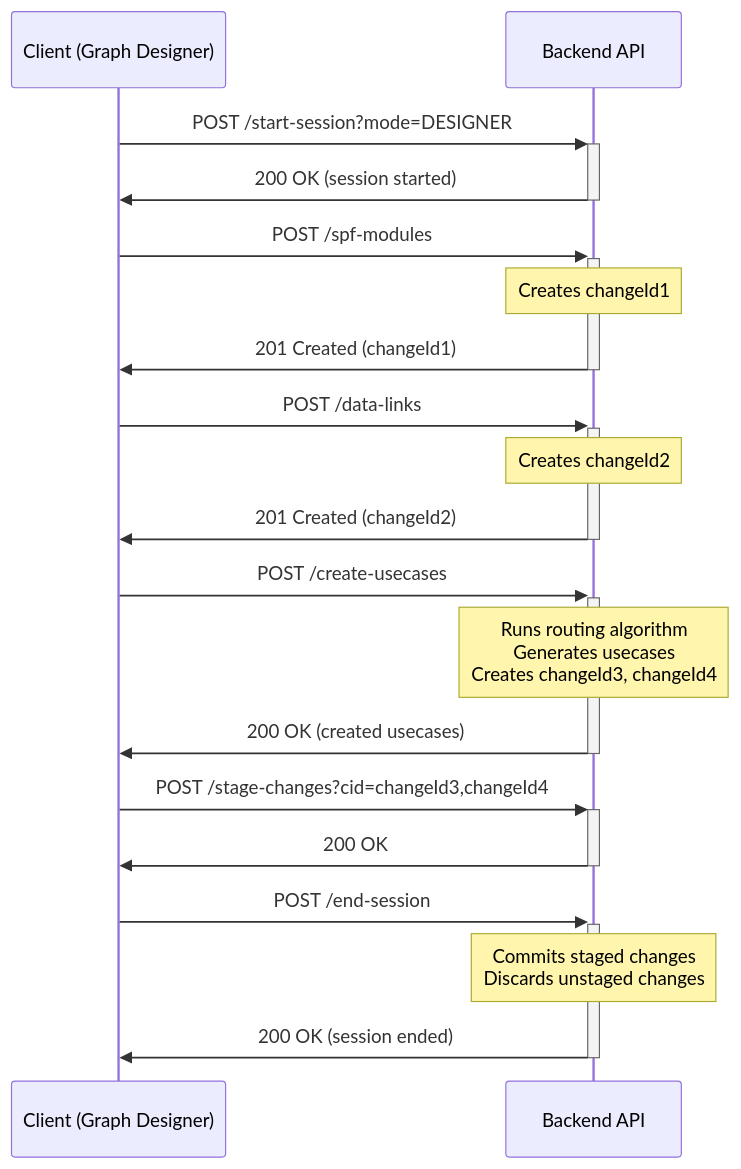
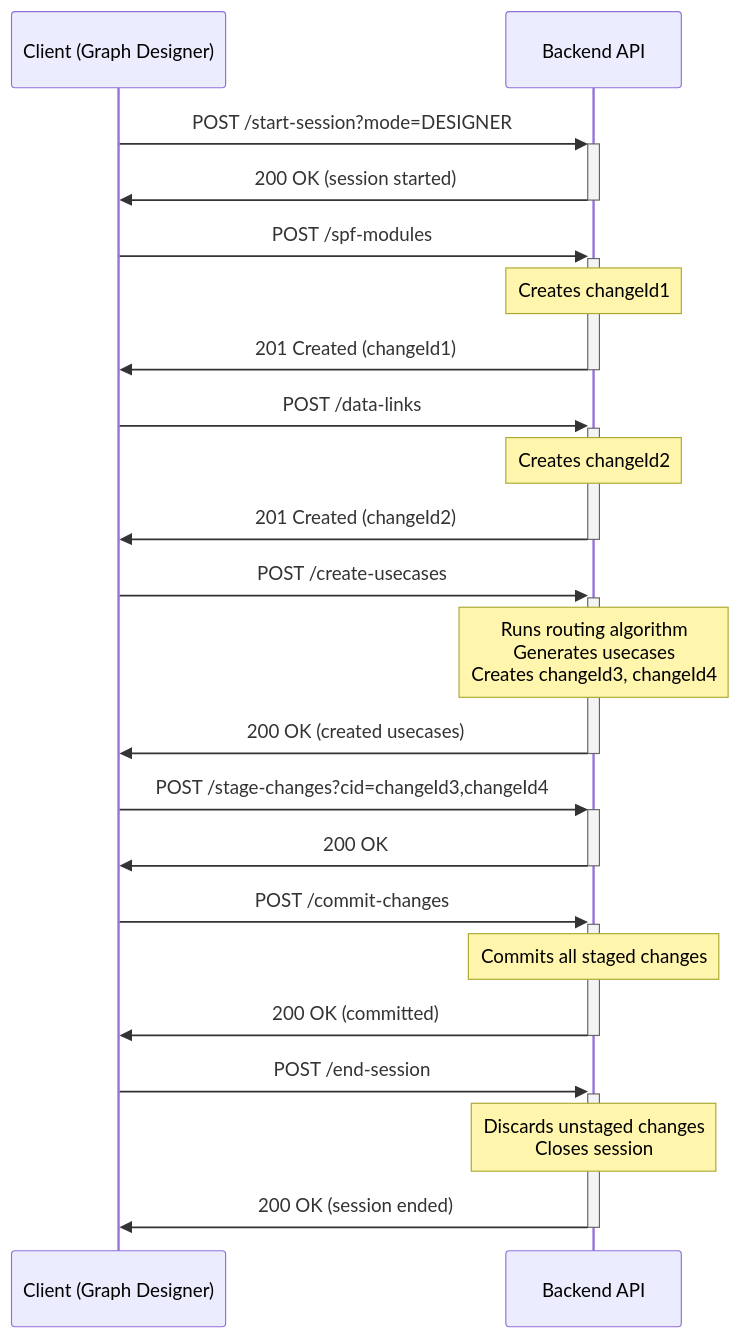
Before and after one commit to AudioReach/audioreach-creator-backend: the second of 4 diagrams in docs/apis/modification-framework-api-reference.md, drawn with Mermaid. The commit also changed other lines of this file and 19 other files, not shown here.

First line of the commit message:
docs(api): update session semantics and create-usecases response

````diff
--- a/docs/apis/modification-framework-api-reference.md
+++ b/docs/apis/modification-framework-api-reference.md
@@ -210,27 +212,31 @@
 ```mermaid
 sequenceDiagram
     participant UI as Client (Graph Designer)
     participant API as Backend API
     
     UI->>+API: POST /start-session?mode=DESIGNER
     API->>-UI: 200 OK (session started)
     
     UI->>+API: POST /spf-modules
     Note over API: Creates changeId1
     API->>-UI: 201 Created (changeId1)
     
     UI->>+API: POST /data-links
     Note over API: Creates changeId2
     API->>-UI: 201 Created (changeId2)
     
     UI->>+API: POST /create-usecases
     Note over API: Runs routing algorithm<br/>Generates usecases<br/>Creates changeId3, changeId4
     API->>-UI: 200 OK (created usecases)
     
     UI->>+API: POST /stage-changes?cid=changeId3,changeId4
     API->>-UI: 200 OK
     
+    UI->>+API: POST /commit-changes
+    Note over API: Commits all staged changes
+    API->>-UI: 200 OK (committed)
+    
     UI->>+API: POST /end-session
-    Note over API: Commits staged changes<br/>Discards unstaged changes
+    Note over API: Discards unstaged changes<br/>Closes session
     API->>-UI: 200 OK (session ended)
 ```
````
